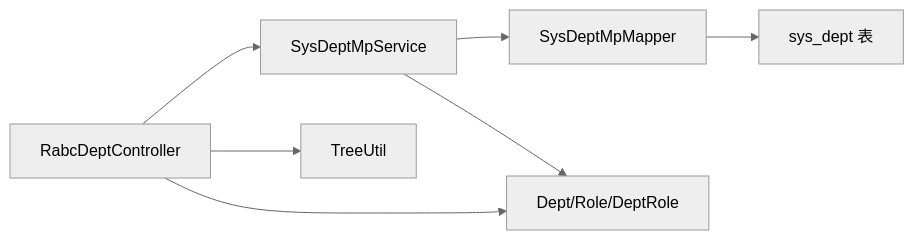
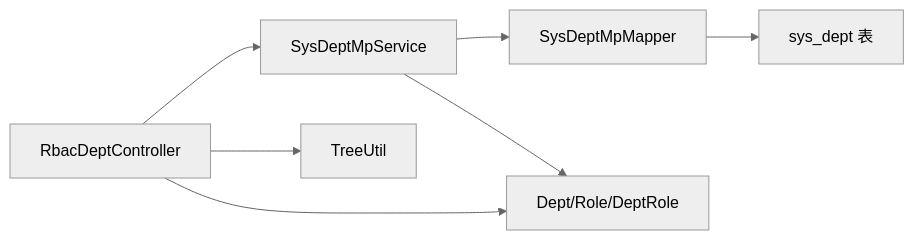
The fifth of 5 diagrams in .qoder/repowiki/zh/content/权限系统 (qy-auth)/RBAC实现 (auth-rbac)/部门管理.md (LiukewenSC/kewen-framework), drawn with Mermaid (neutral theme) before and after one commit. The commit also changed other lines of this file and 764 other files, not shown here.

````diff
--- a/.qoder/repowiki/zh/content/权限系统 (qy-auth)/RBAC实现 (auth-rbac)/部门管理.md
+++ b/.qoder/repowiki/zh/content/权限系统 (qy-auth)/RBAC实现 (auth-rbac)/部门管理.md
@@ -260,9 +260,9 @@
 ```mermaid
 graph LR
-Ctrl["RabcDeptController"] --> Svc["SysDeptMpService"]
+Ctrl["RbacDeptController"] --> Svc["SysDeptMpService"]
 Svc --> Mapper["SysDeptMpMapper"]
 Mapper --> DB["sys_dept 表"]
 Ctrl --> Tree["TreeUtil"]
 Ctrl --> Model["Dept/Role/DeptRole"]
 Svc --> Model
 ```
````
